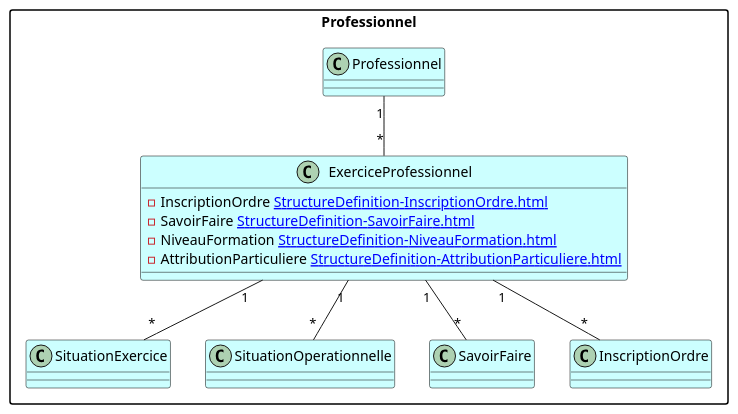
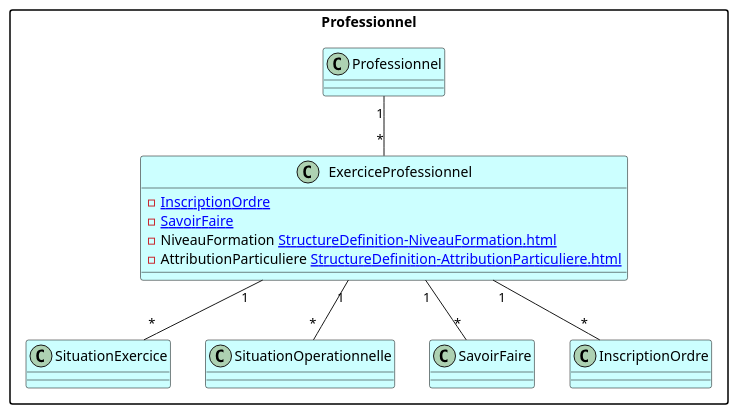
One commit to ansforge/IG-modele-objets-sante changed the diagram in input/images-source/professionnel-short.plantuml. Above: the diagram before and after it, drawn with PlantUML.

```diff
--- a/input/images-source/professionnel-short.plantuml
+++ b/input/images-source/professionnel-short.plantuml
@@ -1,33 +1,33 @@
 @startuml
 skinparam packageStyle rectangle
 skinparam backgroundColor #FFFFFF
 skinparam class {
     BackgroundColor #CCFFFF
     BorderColor black
 }
 
 package "Professionnel" {
     class Professionnel
     class ExerciceProfessionnel {
-        - InscriptionOrdre [[StructureDefinition-InscriptionOrdre.html]]
-        - SavoirFaire [[StructureDefinition-SavoirFaire.html]]
+        - [[StructureDefinition-InscriptionOrdre.html InscriptionOrdre]]
+        - [[StructureDefinition-SavoirFaire.html SavoirFaire]]
         - NiveauFormation [[StructureDefinition-NiveauFormation.html]]
         - AttributionParticuliere [[StructureDefinition-AttributionParticuliere.html]]
     }
     class SituationExercice 
     class SituationOperationnelle
 
     url of Professionnel is [[StructureDefinition-Professionnel.html]]
     url of ExerciceProfessionnel is [[StructureDefinition-ExerciceProfessionnel.html]]
     url of SituationExercice is [[StructureDefinition-SituationExercice.html]]
     url of SituationOperationnelle is [[StructureDefinition-SituationOperationnelle.html]]
 
     Professionnel "1" -- "*" ExerciceProfessionnel
     
     ExerciceProfessionnel "1" -- "*" SituationExercice
     ExerciceProfessionnel "1" -- "*" SituationOperationnelle
     ExerciceProfessionnel "1" -- "*" SavoirFaire
     ExerciceProfessionnel "1" -- "*" InscriptionOrdre
 }
 
 @enduml
```
